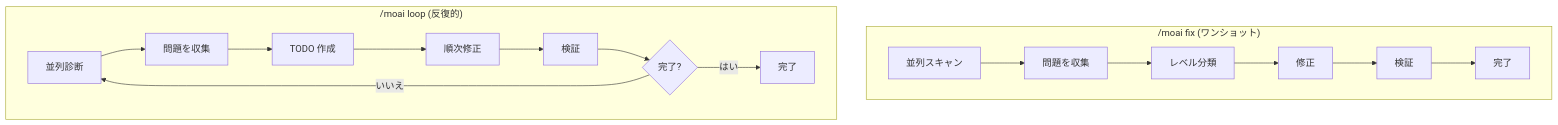
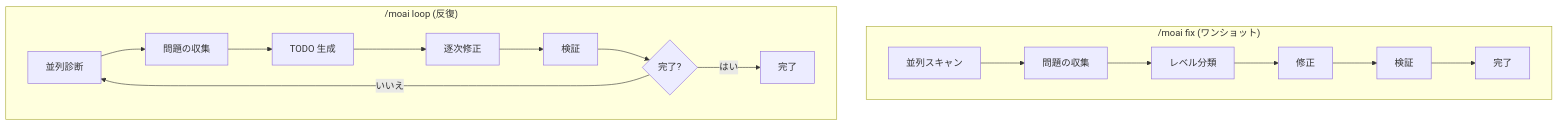
Before and after one commit to modu-ai/moai-adk: the third of 4 diagrams in docs-site/content/ja/utility-commands/moai-loop.md, drawn with Mermaid. The commit also changed other lines of this file and 395 other files, not shown here.

````diff
--- a/docs-site/content/ja/utility-commands/moai-loop.md
+++ b/docs-site/content/ja/utility-commands/moai-loop.md
@@ -161,20 +184,20 @@
 ```mermaid
 flowchart TD
     subgraph Fix["/moai fix (ワンショット)"]
-        F1[並列スキャン] --> F2[問題を収集]
+        F1[並列スキャン] --> F2[問題の収集]
         F2 --> F3[レベル分類]
         F3 --> F4[修正]
         F4 --> F5[検証]
         F5 --> F6[完了]
     end
 
-    subgraph Loop["/moai loop (反復的)"]
-        L1[並列診断] --> L2[問題を収集]
-        L2 --> L3[TODO 作成]
-        L3 --> L4[順次修正]
+    subgraph Loop["/moai loop (反復)"]
+        L1[並列診断] --> L2[問題の収集]
+        L2 --> L3[TODO 生成]
+        L3 --> L4[逐次修正]
         L4 --> L5[検証]
         L5 --> L6{完了?}
         L6 -->|いいえ| L1
         L6 -->|はい| L7[完了]
     end
 ```
````
